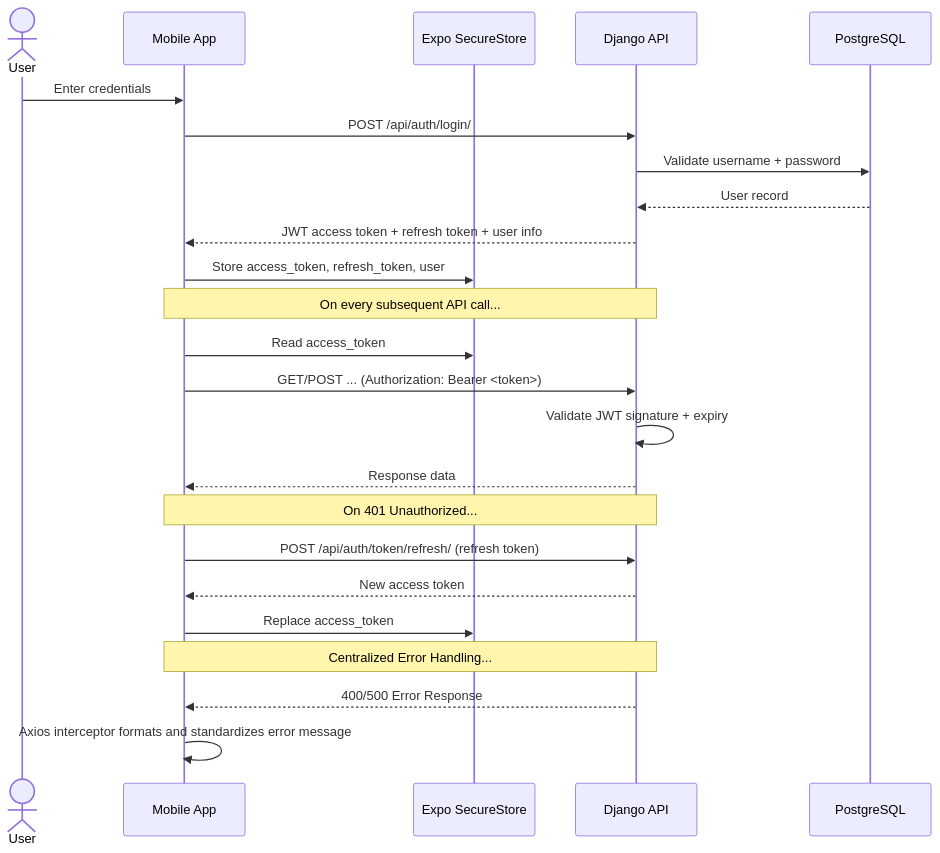
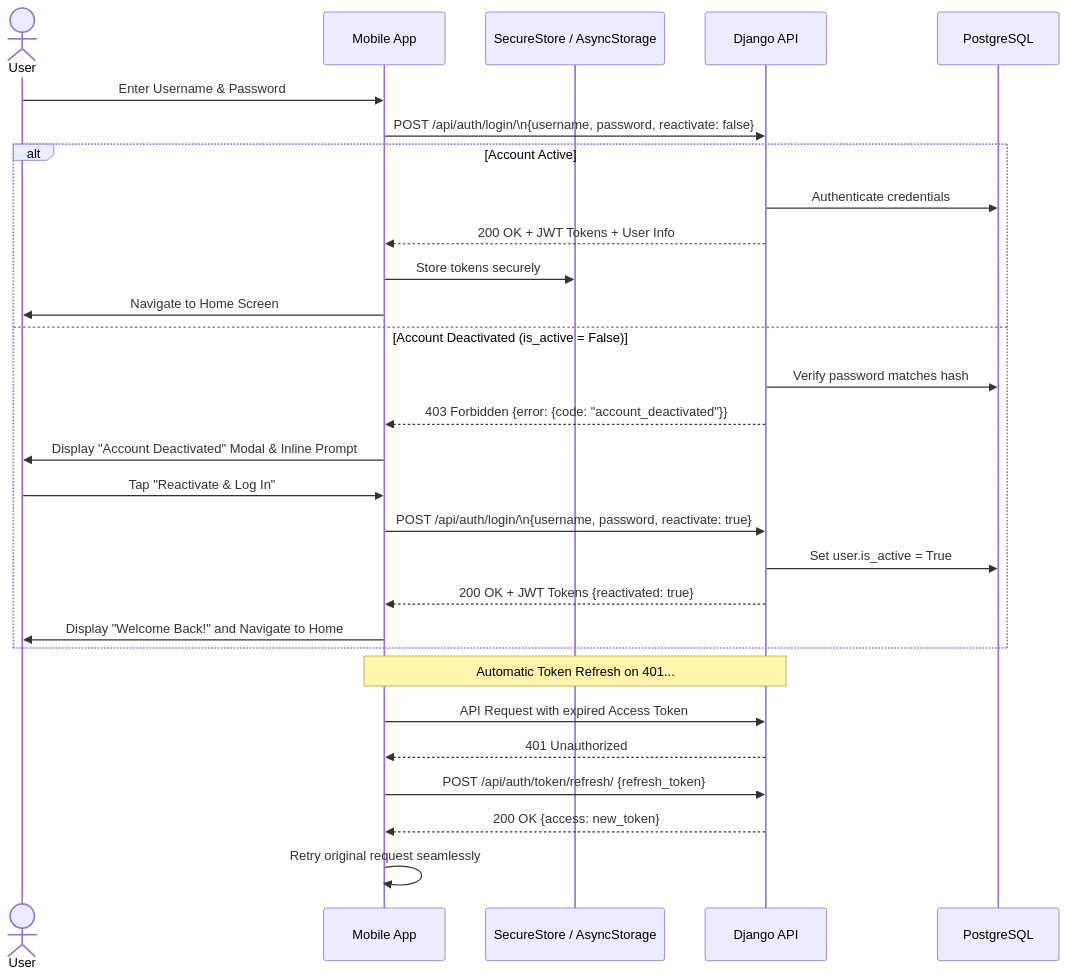
Before and after one commit to Cipher-Syntax/ARQuest: the second of 8 diagrams in data-flow.md, drawn with Mermaid. The commit also changed other lines of this file and 10 other files, not shown here.

Commit message:
feat(web): redesign Admin Dashboard with real-time KPIs, foot traffic charts, and content coverage; synchronize all 9 system architecture docs

````diff
--- a/data-flow.md
+++ b/data-flow.md
@@ -39,30 +40,34 @@
 ```mermaid
 sequenceDiagram
     actor User
     participant App as Mobile App
-    participant SecureStore as Expo SecureStore
+    participant SecureStore as SecureStore / AsyncStorage
     participant API as Django API
     participant DB as PostgreSQL
 
-    User->>App: Enter credentials
-    App->>API: POST /api/auth/login/
-    API->>DB: Validate username + password
-    DB-->>API: User record
-    API-->>App: JWT access token + refresh token + user info
-    App->>SecureStore: Store access_token, refresh_token, user
+    User->>App: Enter Username & Password
+    App->>API: POST /api/auth/login/\n{username, password, reactivate: false}
+    
+    alt Account Active
+        API->>DB: Authenticate credentials
+        API-->>App: 200 OK + JWT Tokens + User Info
+        App->>SecureStore: Store tokens securely
+        App->>User: Navigate to Home Screen
+    else Account Deactivated (is_active = False)
+        API->>DB: Verify password matches hash
+        API-->>App: 403 Forbidden {error: {code: "account_deactivated"}}
+        App->>User: Display "Account Deactivated" Modal & Inline Prompt
+        User->>App: Tap "Reactivate & Log In"
+        App->>API: POST /api/auth/login/\n{username, password, reactivate: true}
+        API->>DB: Set user.is_active = True
+        API-->>App: 200 OK + JWT Tokens {reactivated: true}
+        App->>User: Display "Welcome Back!" and Navigate to Home
+    end
 
-    Note over App,API: On every subsequent API call...
-    App->>SecureStore: Read access_token
-    App->>API: GET/POST ... (Authorization: Bearer <token>)
-    API->>API: Validate JWT signature + expiry
-    API-->>App: Response data
-
-    Note over App,API: On 401 Unauthorized...
-    App->>API: POST /api/auth/token/refresh/ (refresh token)
-    API-->>App: New access token
-    App->>SecureStore: Replace access_token
-
-    Note over App,API: Centralized Error Handling...
-    API-->>App: 400/500 Error Response
-    App->>App: Axios interceptor formats and standardizes error message
+    Note over App,API: Automatic Token Refresh on 401...
+    App->>API: API Request with expired Access Token
+    API-->>App: 401 Unauthorized
+    App->>API: POST /api/auth/token/refresh/ {refresh_token}
+    API-->>App: 200 OK {access: new_token}
+    App->>App: Retry original request seamlessly
 ```
````
